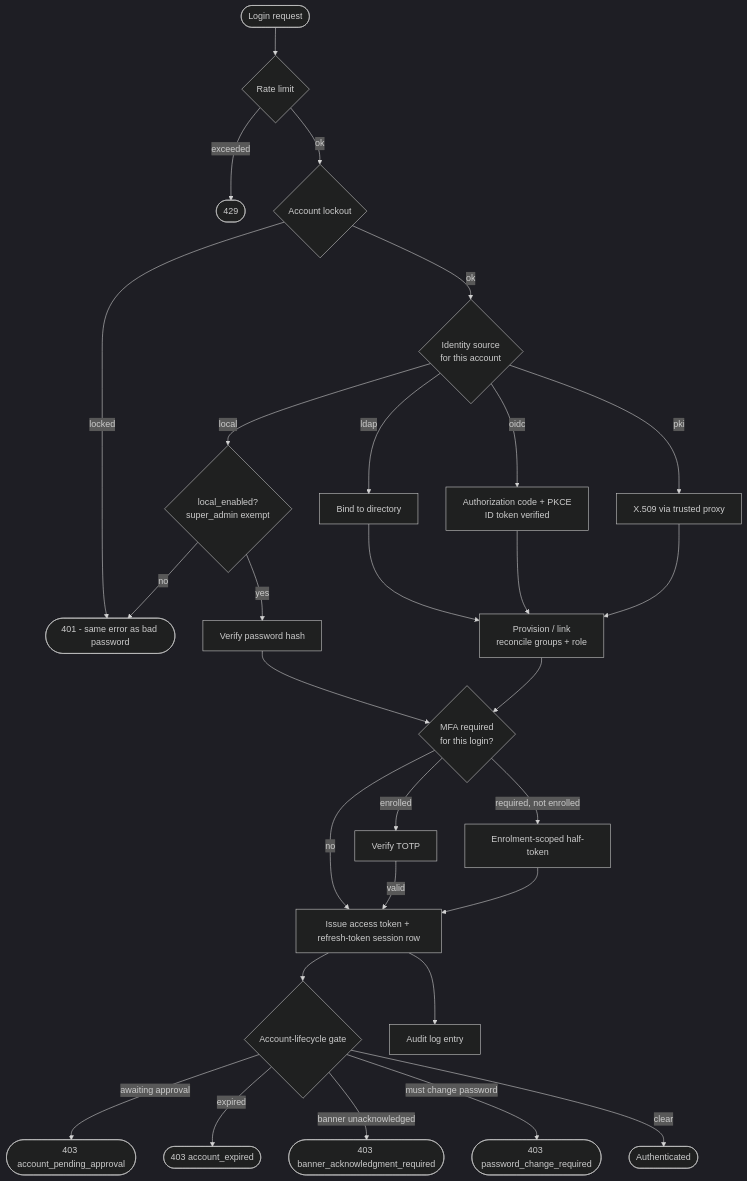
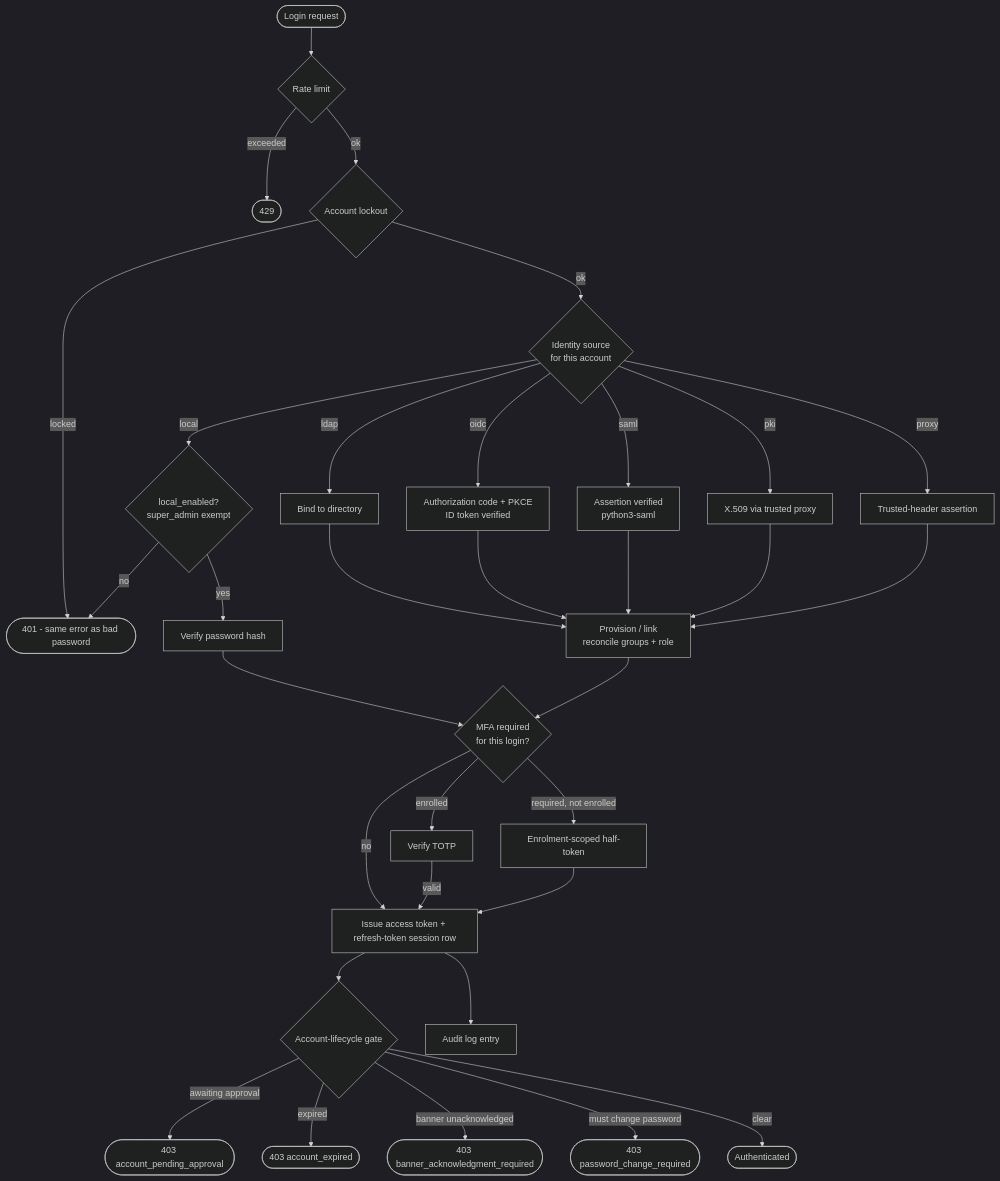
Before and after one commit to attevon-llc/OpenTranscribe: the diagram in docs-site/docs/features/authentication.md, drawn with Mermaid (dark theme). The commit also changed other lines of this file and 6 other files, not shown here.

````diff
--- a/docs-site/docs/features/authentication.md
+++ b/docs-site/docs/features/authentication.md
@@ -18,38 +18,42 @@
 ```mermaid
 flowchart TD
     Login([Login request]) --> RateLimit{Rate limit}
     RateLimit -->|exceeded| Block([429])
     RateLimit -->|ok| Lockout{Account lockout}
     Lockout -->|locked| Denied([401 - same error as bad password])
     Lockout -->|ok| Source{Identity source<br/>for this account}
 
     Source -->|local| Policy{local_enabled?<br/>super_admin exempt}
     Source -->|ldap| LDAP[Bind to directory]
     Source -->|oidc| OIDC[Authorization code + PKCE<br/>ID token verified]
+    Source -->|saml| SAML[Assertion verified<br/>python3-saml]
     Source -->|pki| PKI[X.509 via trusted proxy]
+    Source -->|proxy| Proxy[Trusted-header assertion]
 
     Policy -->|no| Denied
     Policy -->|yes| Pwd[Verify password hash]
 
     Pwd --> MFA
     LDAP --> Reconcile[Provision / link<br/>reconcile groups + role] --> MFA
     OIDC --> Reconcile
+    SAML --> Reconcile
     PKI --> Reconcile
+    Proxy --> Reconcile
 
     MFA{MFA required<br/>for this login?}
     MFA -->|enrolled| TOTP[Verify TOTP]
     MFA -->|required, not enrolled| Enroll[Enrolment-scoped half-token]
     MFA -->|no| Session
     TOTP -->|valid| Session
     Enroll --> Session
 
     Session[Issue access token + refresh-token session row]
     Session --> Gate{Account-lifecycle gate}
     Gate -->|awaiting approval| G0([403 account_pending_approval])
     Gate -->|expired| G1([403 account_expired])
     Gate -->|banner unacknowledged| G2([403 banner_acknowledgment_required])
     Gate -->|must change password| G3([403 password_change_required])
     Gate -->|clear| Success([Authenticated])
 
     Session --> Audit[Audit log entry]
 ```
````
